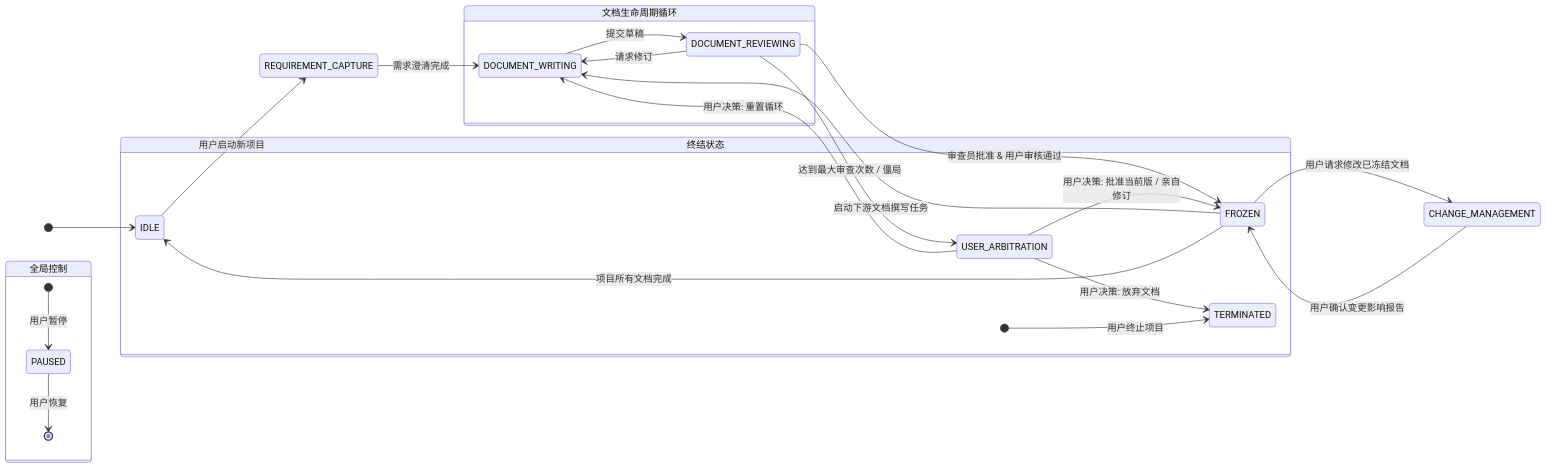
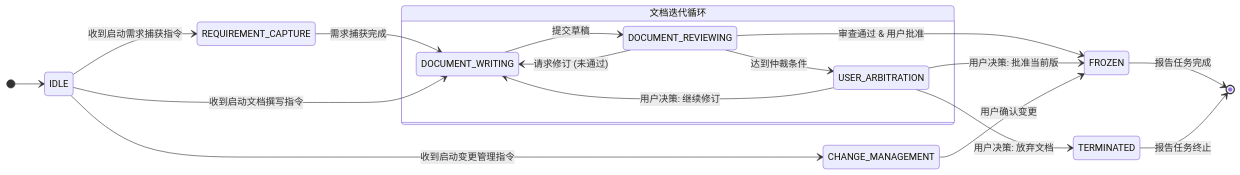
One commit to goldengrape/Axiomatic_Designer changed the diagram in docs/L1-DP0_WorkflowStateMachine_Definition.md. Above: the diagram before and after it, drawn with Mermaid. The commit also changed other lines of this file and 1 other file, not shown here.

````diff
--- a/docs/L1-DP0_WorkflowStateMachine_Definition.md
+++ b/docs/L1-DP0_WorkflowStateMachine_Definition.md
@@ -59,36 +60,30 @@
 ```mermaid
 stateDiagram-v2
     direction LR
 
     [*] --> IDLE
 
-    IDLE --> REQUIREMENT_CAPTURE: 用户启动新项目
-    REQUIREMENT_CAPTURE --> DOCUMENT_WRITING: 需求澄清完成
+    IDLE --> REQUIREMENT_CAPTURE: 收到启动需求捕获指令
+    REQUIREMENT_CAPTURE --> DOCUMENT_WRITING: 需求捕获完成
 
-    state "文档生命周期循环" as DocLifecycle {
+    IDLE --> DOCUMENT_WRITING: 收到启动文档撰写指令
+
+    state "文档迭代循环" as DocLifecycle {
+        direction TB
         DOCUMENT_WRITING --> DOCUMENT_REVIEWING: 提交草稿
-        DOCUMENT_REVIEWING --> DOCUMENT_WRITING: 请求修订
-        DOCUMENT_REVIEWING --> USER_ARBITRATION: 达到最大审查次数 / 僵局
-        USER_ARBITRATION --> DOCUMENT_WRITING: 用户决策: 重置循环
+        DOCUMENT_REVIEWING --> DOCUMENT_WRITING: 请求修订 (未通过)
+        DOCUMENT_REVIEWING --> USER_ARBITRATION: 达到仲裁条件
+        USER_ARBITRATION --> DOCUMENT_WRITING: 用户决策: 继续修订
     }
 
-    DOCUMENT_REVIEWING --> FROZEN: 审查员批准 & 用户审核通过
-    USER_ARBITRATION --> FROZEN: 用户决策: 批准当前版 / 亲自修订
+    DOCUMENT_REVIEWING --> FROZEN: 审查通过 & 用户批准
+    USER_ARBITRATION --> FROZEN: 用户决策: 批准当前版
 
-    FROZEN --> DOCUMENT_WRITING: 启动下游文档撰写任务
-    FROZEN --> CHANGE_MANAGEMENT: 用户请求修改已冻结文档
-    CHANGE_MANAGEMENT --> FROZEN: 用户确认变更影响报告
+    FROZEN --> [*]: 报告任务完成
+    USER_ARBITRATION --> TERMINATED: 用户决策: 放弃文档
+    TERMINATED --> [*]: 报告任务终止
 
-    state "全局控制" as GlobalControl {
-        direction TB
-        [*] --> PAUSED: 用户暂停
-        PAUSED --> [*]: 用户恢复
-    }
-
-    state "终结状态" as EndStates {
-        FROZEN --> IDLE: 项目所有文档完成
-        USER_ARBITRATION --> TERMINATED: 用户决策: 放弃文档
-        [*] --> TERMINATED: 用户终止项目
-    }
+    IDLE --> CHANGE_MANAGEMENT: 收到启动变更管理指令
+    CHANGE_MANAGEMENT --> FROZEN: 用户确认变更
 
 ```
````
